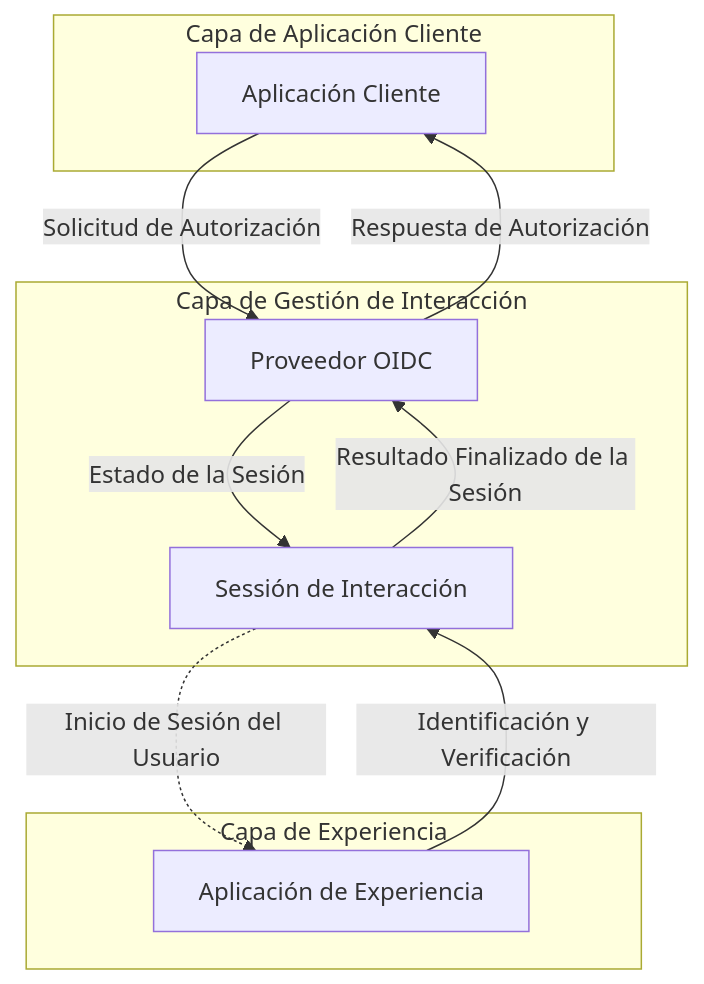
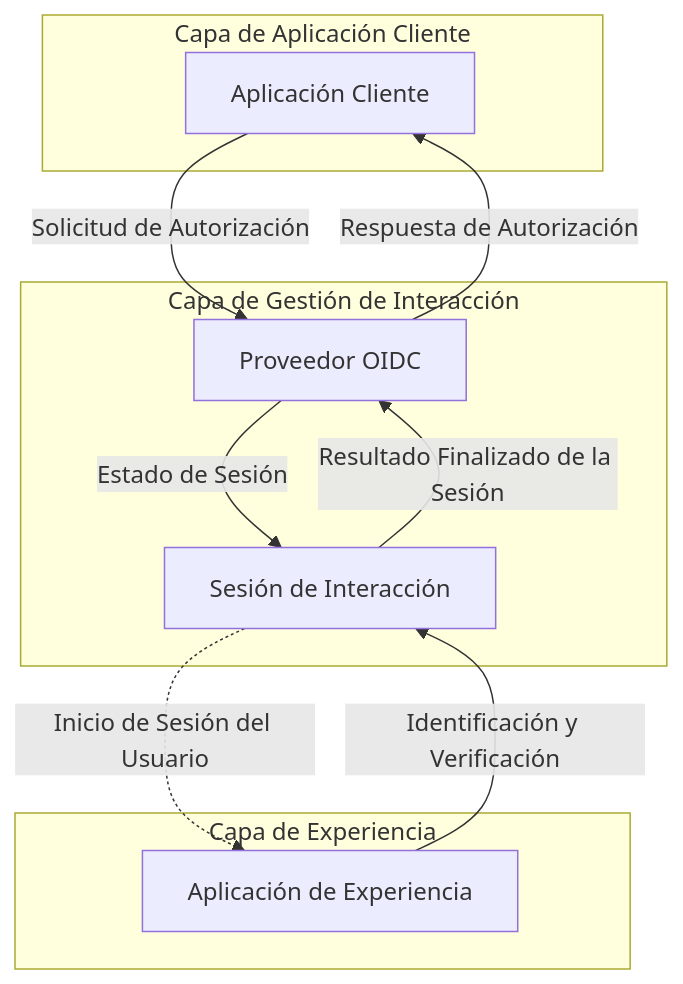
Before and after one commit to logto-io/docs: the second of 2 diagrams in i18n/es/docusaurus-plugin-content-docs/current/end-user-flows/sign-up-and-sign-in/README.mdx, drawn with Mermaid. The commit also changed other lines of this file and 428 other files, not shown here.

````diff
--- a/i18n/es/docusaurus-plugin-content-docs/current/end-user-flows/sign-up-and-sign-in/README.mdx
+++ b/i18n/es/docusaurus-plugin-content-docs/current/end-user-flows/sign-up-and-sign-in/README.mdx
@@ -45,24 +45,24 @@
 ```mermaid
 flowchart TD
   %% Capas
   subgraph Layer1 [Capa de Aplicación Cliente]
       A[Aplicación Cliente]
   end
 
   subgraph Layer2 [Capa de Gestión de Interacción]
       B[Proveedor OIDC]
-      C[Sessión de Interacción]
+      C[Sesión de Interacción]
   end
 
   subgraph Layer3 [Capa de Experiencia]
       D[Aplicación de Experiencia]
   end
 
   %% Conexiones
   A --> |Solicitud de Autorización| B
-  B --> |Estado de la Sesión| C
+  B --> |Estado de Sesión| C
   C -.-> |Inicio de Sesión del Usuario| D
   D --> |Identificación y Verificación| C
   C --> |Resultado Finalizado de la Sesión| B
   B --> |Respuesta de Autorización| A
 ```
````
